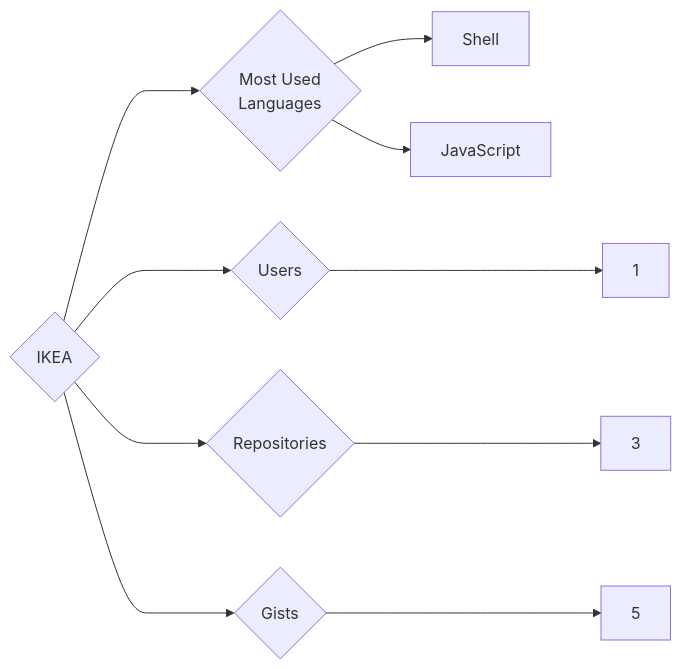
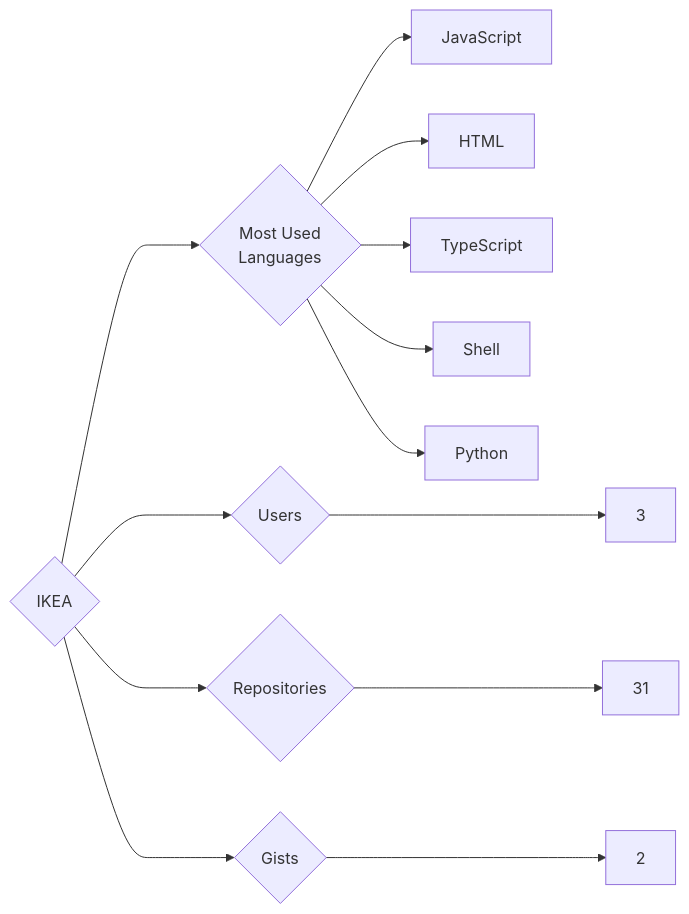
The diagram in targets/IKEA/README.md (trickest/insiders), drawn with Mermaid before and after one commit. The commit also changed 1055 other files, not shown here.

````diff
--- a/targets/IKEA/README.md
+++ b/targets/IKEA/README.md
@@ -3,10 +3,13 @@
 ```mermaid
 graph LR
 COMPANY_NAME{IKEA}
-COMPANY_NAME ---> U{Users} ---> UN[1]
-COMPANY_NAME ---> R{Repositories} ---> RN[3]
-COMPANY_NAME ---> G{Gists} ---> GN[5]
+COMPANY_NAME ---> U{Users} ---> UN[3]
+COMPANY_NAME ---> R{Repositories} ---> RN[31]
+COMPANY_NAME ---> G{Gists} ---> GN[2]
 COMPANY_NAME ---> ML{Most Used<br>Languages}
+ML --> JavaScript[JavaScript]
+ML --> HTML[HTML]
+ML --> TypeScript[TypeScript]
 ML --> Shell[Shell]
-ML --> JavaScript[JavaScript]
+ML --> Python[Python]
 ```
````
